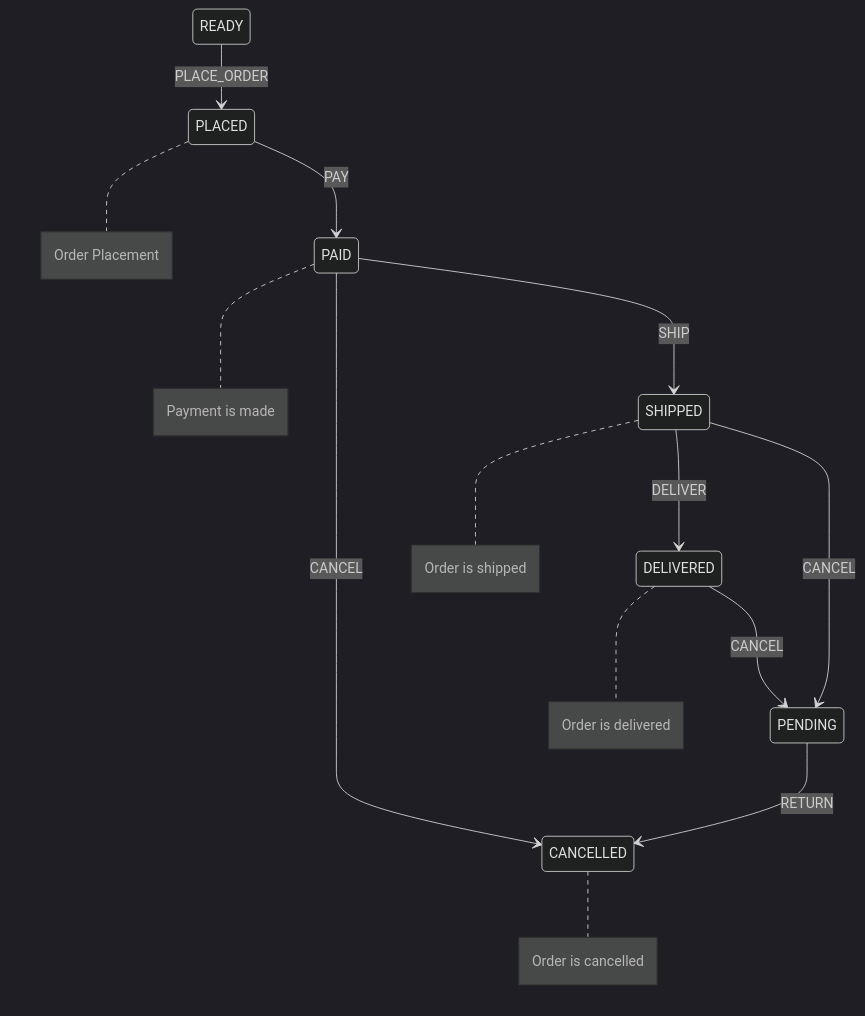
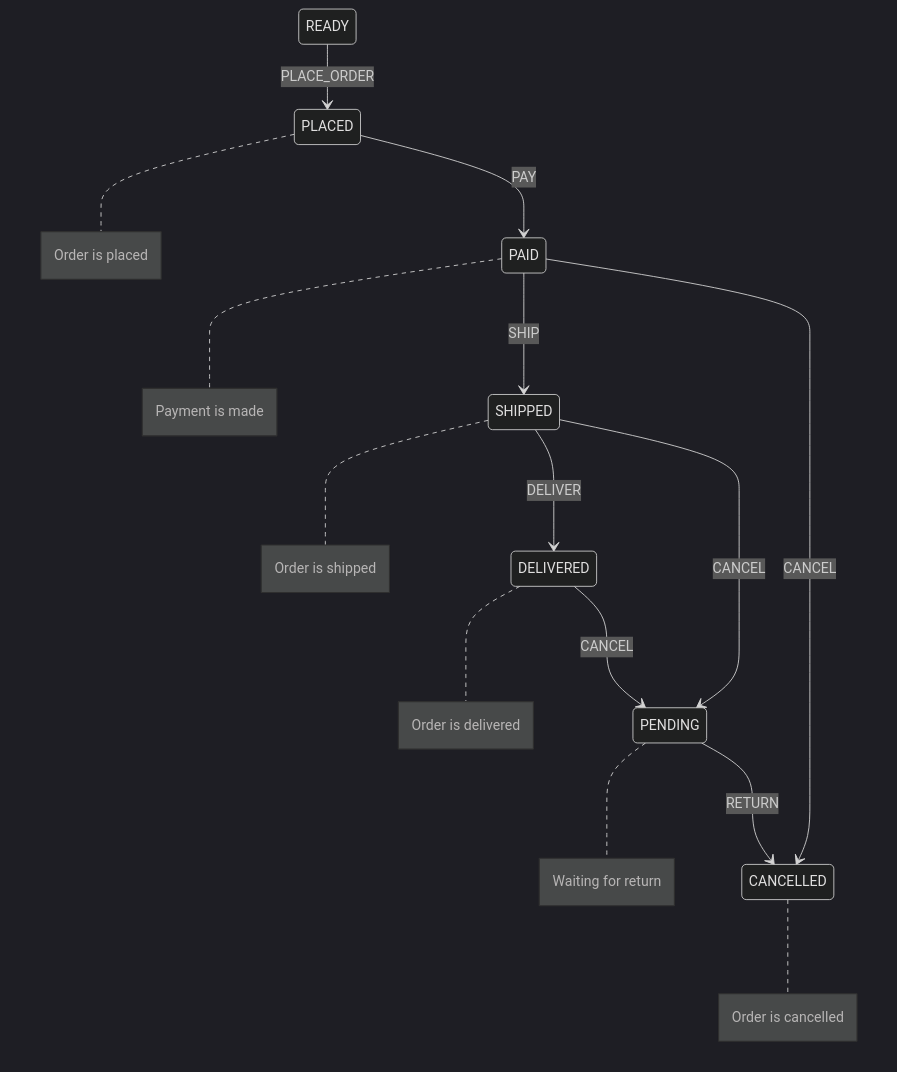
Before and after one commit to aryumka/state-machines: the diagram in README.md, drawn with Mermaid (dark theme).

````diff
--- a/README.md
+++ b/README.md
@@ -13,16 +13,17 @@
 ```mermaid
 stateDiagram-v2
 READY --> PLACED: PLACE_ORDER
-note right of PLACED: Order Placement
+note right of PLACED: Order is placed
 PLACED --> PAID: PAY
 note right of PAID: Payment is made
-PAID --> CANCELLED: CANCEL
-note right of CANCELLED: Order is cancelled
 PAID --> SHIPPED: SHIP
 note right of SHIPPED: Order is shipped
 SHIPPED --> DELIVERED: DELIVER
 note right of DELIVERED: Order is delivered
 SHIPPED --> PENDING: CANCEL
 DELIVERED --> PENDING: CANCEL
+note right of PENDING: Waiting for return
 PENDING --> CANCELLED: RETURN
+PAID --> CANCELLED: CANCEL
+note right of CANCELLED: Order is cancelled
 ```
````
